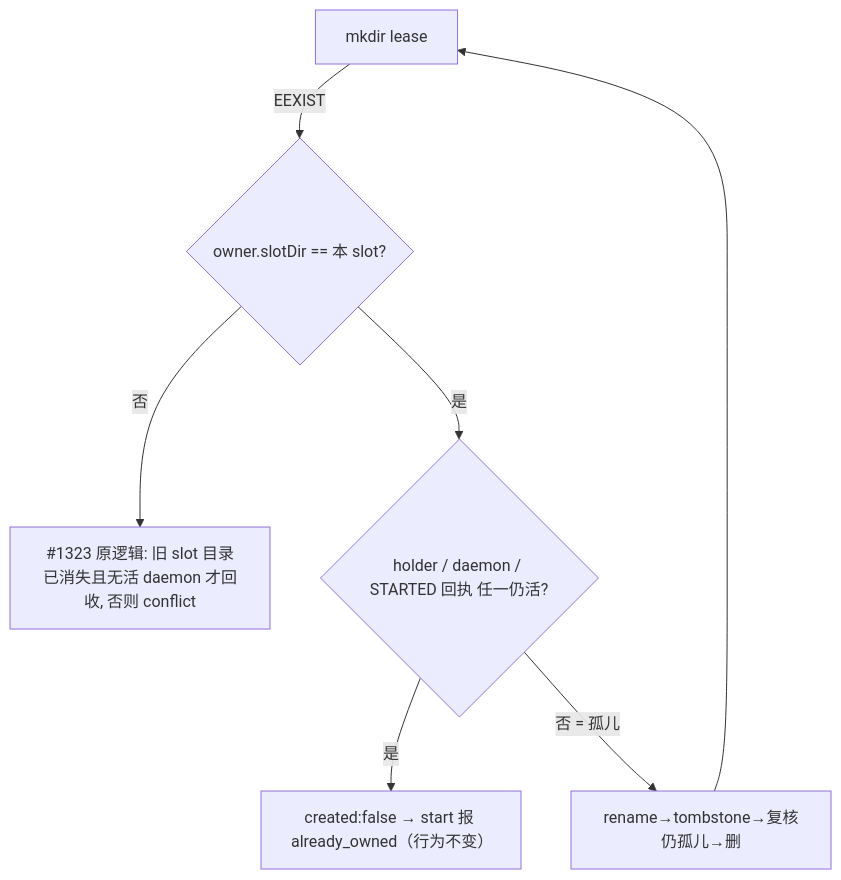
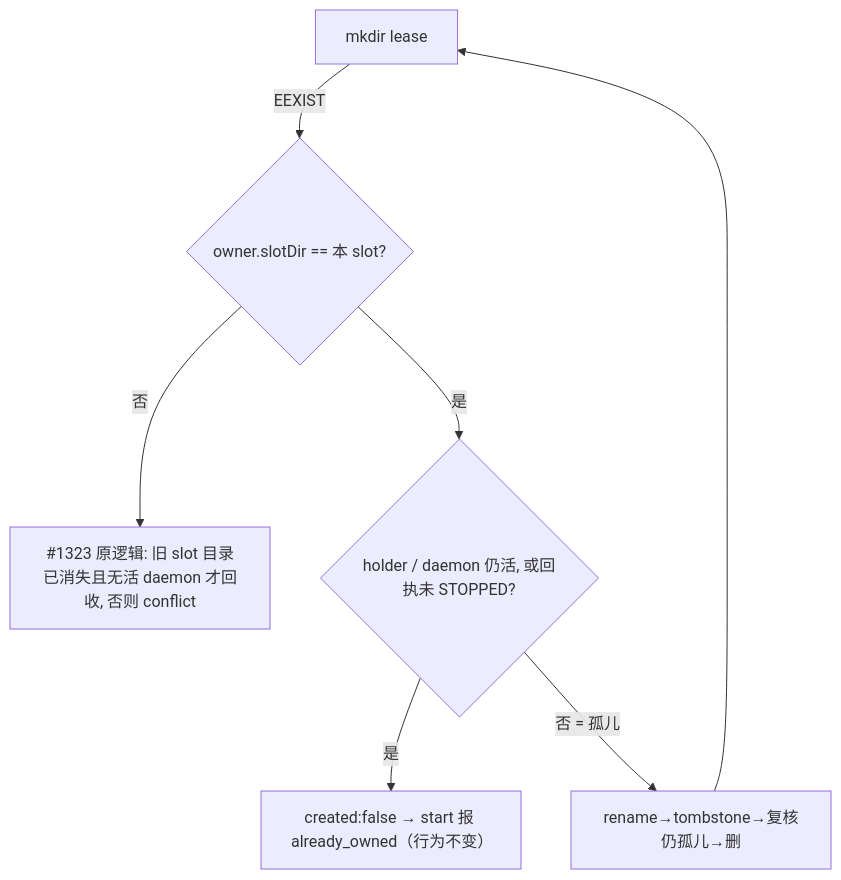
Before and after one commit to xrliAnnie/flywheel-qa-sandbox: the diagram in engineering/doc/FLY-2876-voice-room-orphan-lease/plan.md, drawn with Mermaid. The commit also changed other lines of this file and 2 other files, not shown here.

````diff
--- a/engineering/doc/FLY-2876-voice-room-orphan-lease/plan.md
+++ b/engineering/doc/FLY-2876-voice-room-orphan-lease/plan.md
@@ -20,8 +20,8 @@
 ```mermaid
 flowchart TD
   A[mkdir lease] -->|EEXIST| B{owner.slotDir == 本 slot?}
   B -->|否| C[#1323 原逻辑: 旧 slot 目录已消失且无活 daemon 才回收, 否则 conflict]
-  B -->|是| D{holder / daemon / STARTED 回执 任一仍活?}
+  B -->|是| D{holder / daemon 仍活, 或回执未 STOPPED?}
   D -->|是| E[created:false → start 报 already_owned（行为不变）]
   D -->|否 = 孤儿| F[rename→tombstone→复核仍孤儿→删] --> A
 ```
````
